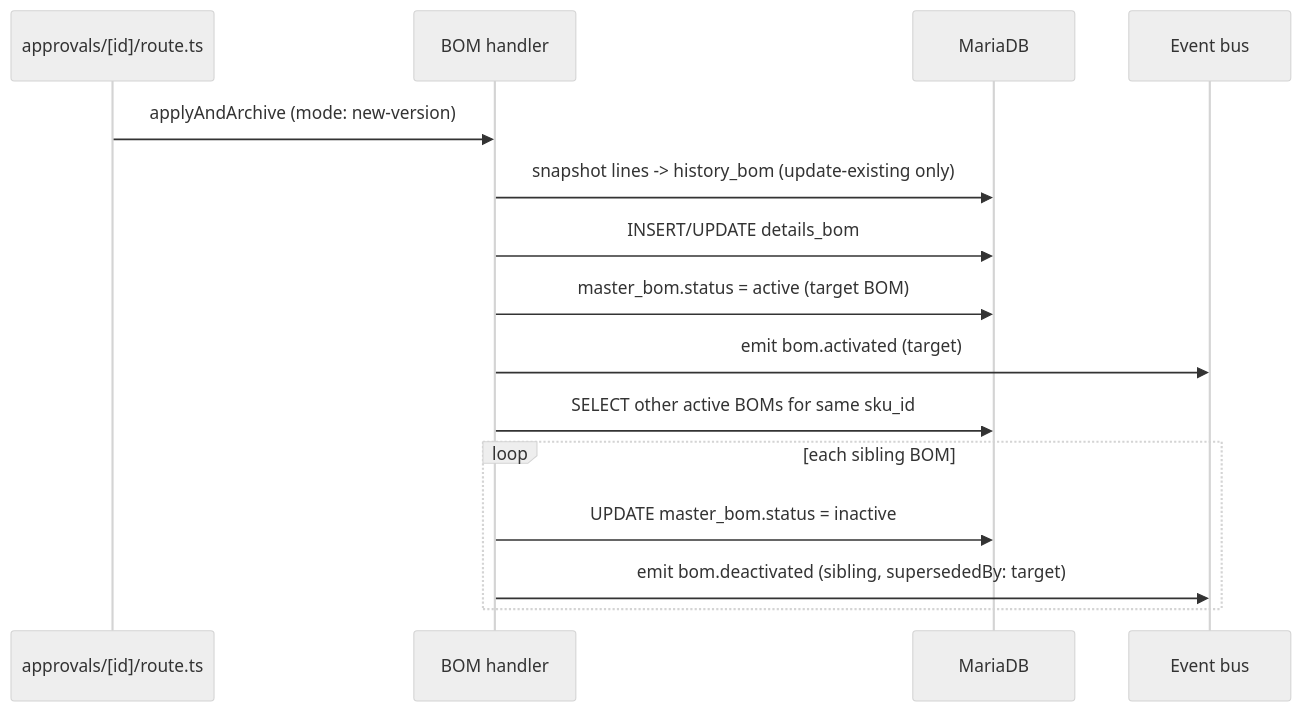
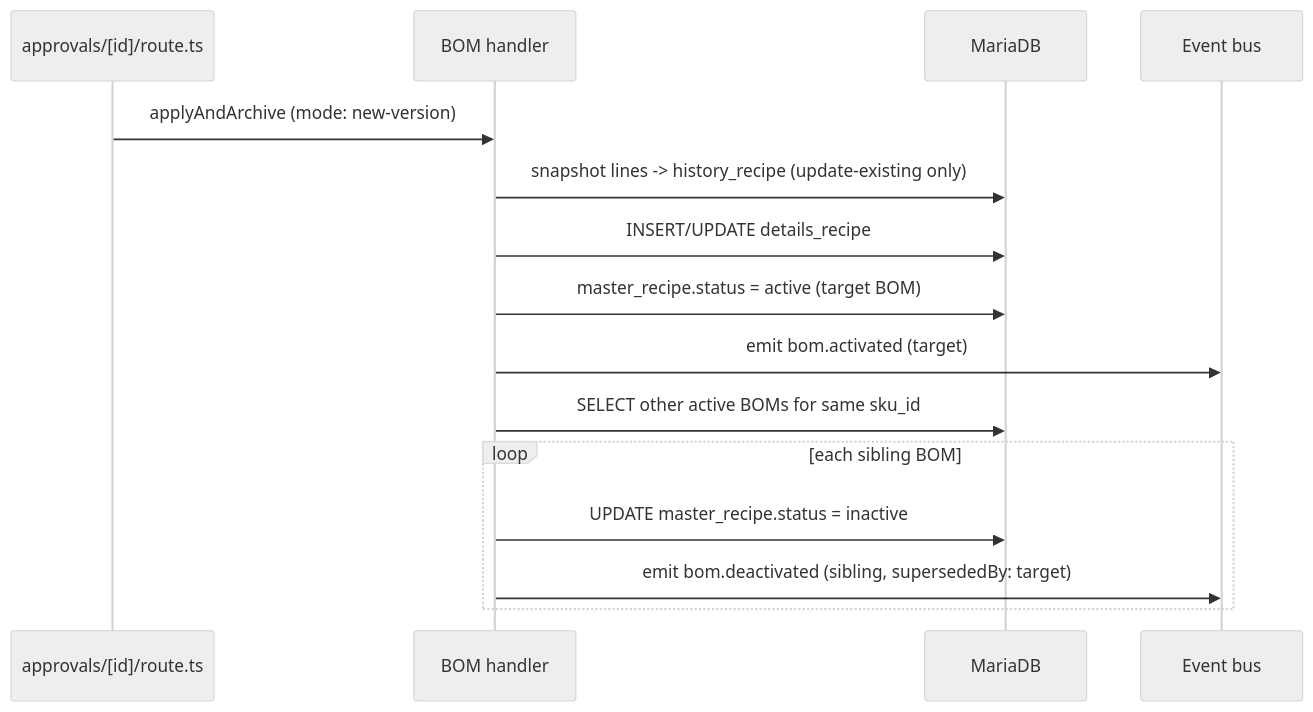
One commit to ERP-PreFg-Admin/ERP-Prefg-Tool changed the third of 4 diagrams in erp_project/docs/discovery-full.md. Above: the diagram before and after it, drawn with Mermaid (neutral theme). The commit also changed other lines of this file and 96 other files, not shown here.

````diff
--- a/erp_project/docs/discovery-full.md
+++ b/erp_project/docs/discovery-full.md
@@ -739,18 +739,18 @@
 ```mermaid
 sequenceDiagram
     participant AR as approvals/[id]/route.ts
     participant H as BOM handler
     participant DB as MariaDB
     participant Bus as Event bus
 
     AR->>H: applyAndArchive (mode: new-version)
-    H->>DB: snapshot lines -> history_bom (update-existing only)
-    H->>DB: INSERT/UPDATE details_bom
-    H->>DB: master_bom.status = active (target BOM)
+    H->>DB: snapshot lines -> history_recipe (update-existing only)
+    H->>DB: INSERT/UPDATE details_recipe
+    H->>DB: master_recipe.status = active (target BOM)
     H->>Bus: emit bom.activated (target)
     H->>DB: SELECT other active BOMs for same sku_id
     loop each sibling BOM
-        H->>DB: UPDATE master_bom.status = inactive
+        H->>DB: UPDATE master_recipe.status = inactive
         H->>Bus: emit bom.deactivated (sibling, supersededBy: target)
     end
 ```
````
